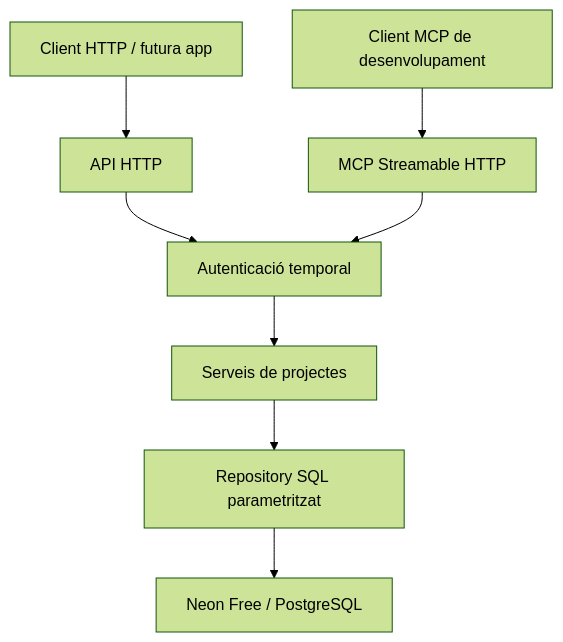
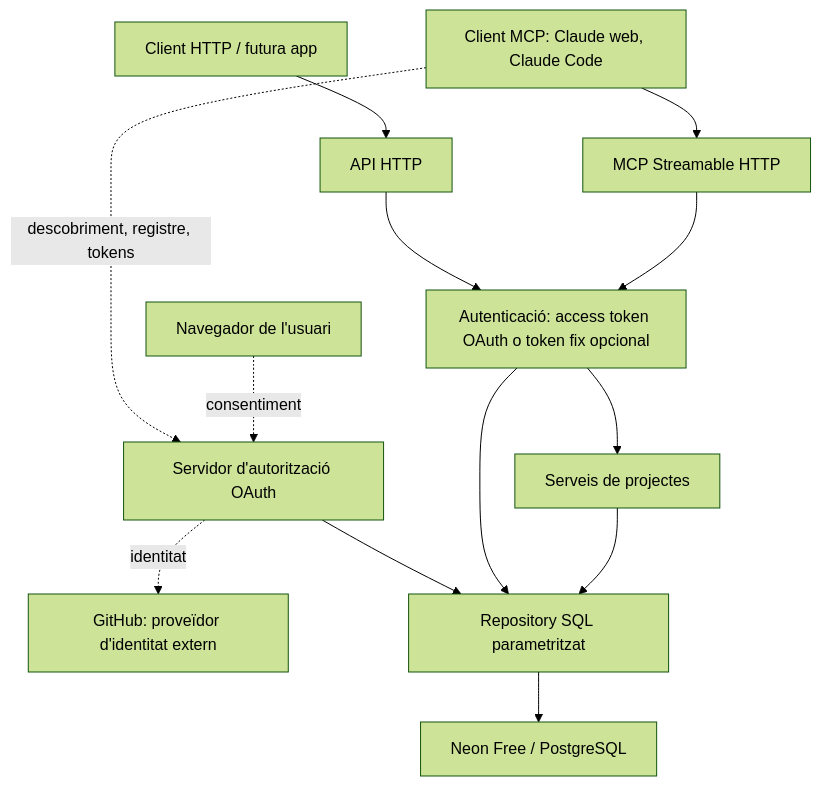
Before and after one commit to joancardonall/Jarvis: the diagram in docs/ARCHITECTURE.md, drawn with Mermaid (forest theme). The commit also changed other lines of this file and 11 other files, not shown here.

Commit message:
docs: document OAuth with GitHub, threat model and go-live steps (D023)

````diff
--- a/docs/ARCHITECTURE.md
+++ b/docs/ARCHITECTURE.md
@@ -6,10 +8,15 @@
 ```mermaid
 flowchart TD
     HTTP[Client HTTP / futura app] --> API[API HTTP]
-    Client[Client MCP de desenvolupament] --> MCP[MCP Streamable HTTP]
-    API --> Auth[Autenticació temporal]
+    Client[Client MCP: Claude web, Claude Code] --> MCP[MCP Streamable HTTP]
+    Client -. descobriment, registre, tokens .-> OAuth[Servidor d'autorització OAuth]
+    Browser[Navegador de l'usuari] -. consentiment .-> OAuth
+    OAuth -. identitat .-> GitHub[GitHub: proveïdor d'identitat extern]
+    API --> Auth[Autenticació: access token OAuth o token fix opcional]
     MCP --> Auth
     Auth --> Service[Serveis de projectes]
+    OAuth --> Repository
+    Auth --> Repository
     Service --> Repository[Repository SQL parametritzat]
     Repository --> DB[Neon Free / PostgreSQL]
 ```
````
